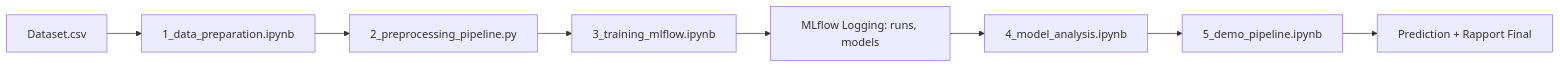
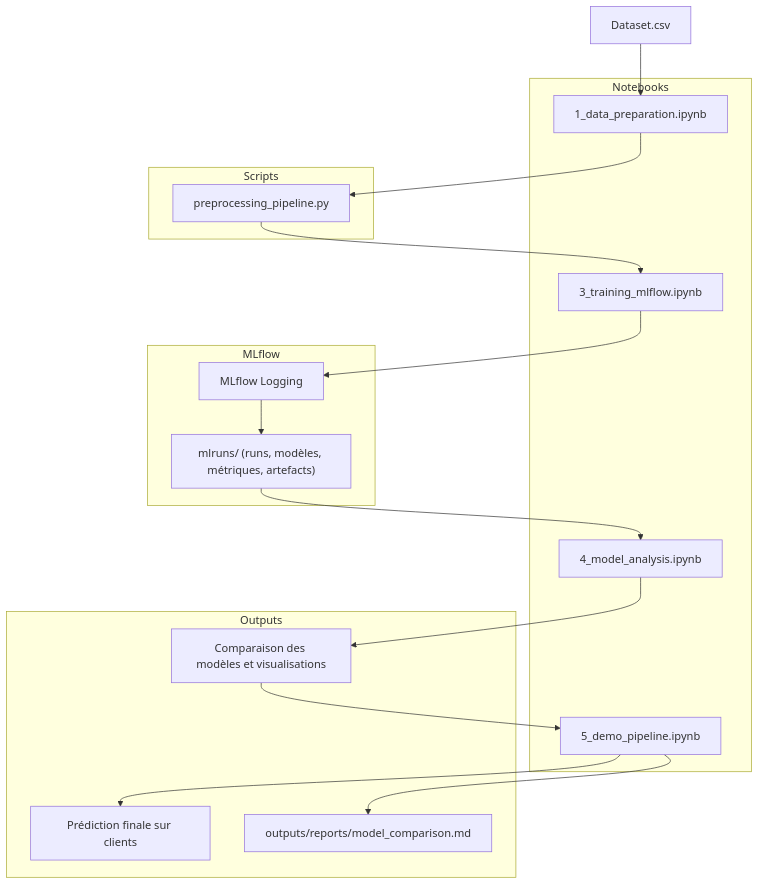
The diagram in README.md (SalimM21/Churn-Prediction-avec-MLflow), drawn with Mermaid before and after one commit.

Commit message:
Revise project flowchart in README
Updated flowchart to reflect changes in project structure and outputs.

````diff
--- a/README.md
+++ b/README.md
@@ -6,11 +6,36 @@
 ```mermaid
-graph LR
-    A[Dataset.csv] --> B[1_data_preparation.ipynb]
-    B --> C[2_preprocessing_pipeline.py]
-    C --> D[3_training_mlflow.ipynb]
-    D --> E["MLflow Logging: runs, models"]
-    E --> F[4_model_analysis.ipynb]
-    F --> G[5_demo_pipeline.ipynb]
-    G --> H[Prediction + Rapport Final]
+graph TD
+    A[Dataset.csv] --> B["1_data_preparation.ipynb"]
+    B --> C["preprocessing_pipeline.py"]
+    C --> D["3_training_mlflow.ipynb"]
+    D --> E["MLflow Logging"]
+    E --> F["mlruns/ (runs, modèles, métriques, artefacts)"]
+    F --> G["4_model_analysis.ipynb"]
+    G --> H["Comparaison des modèles et visualisations"]
+    H --> I["5_demo_pipeline.ipynb"]
+    I --> J["Prédiction finale sur clients"]
+    I --> K["outputs/reports/model_comparison.md"]
+
+    subgraph Notebooks
+        B
+        D
+        G
+        I
+    end
+
+    subgraph Scripts
+        C
+    end
+
+    subgraph MLflow
+        E
+        F
+    end
+
+    subgraph Outputs
+        H
+        J
+        K
+    end
 
 ```
````
